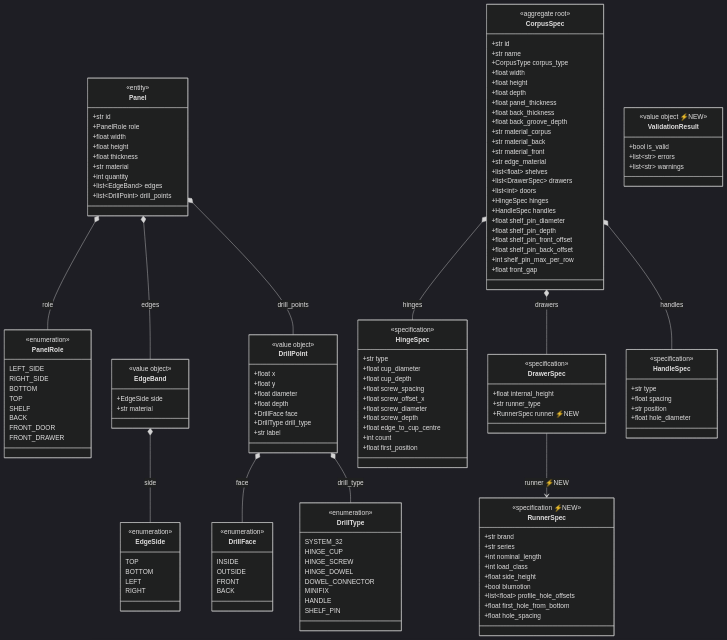
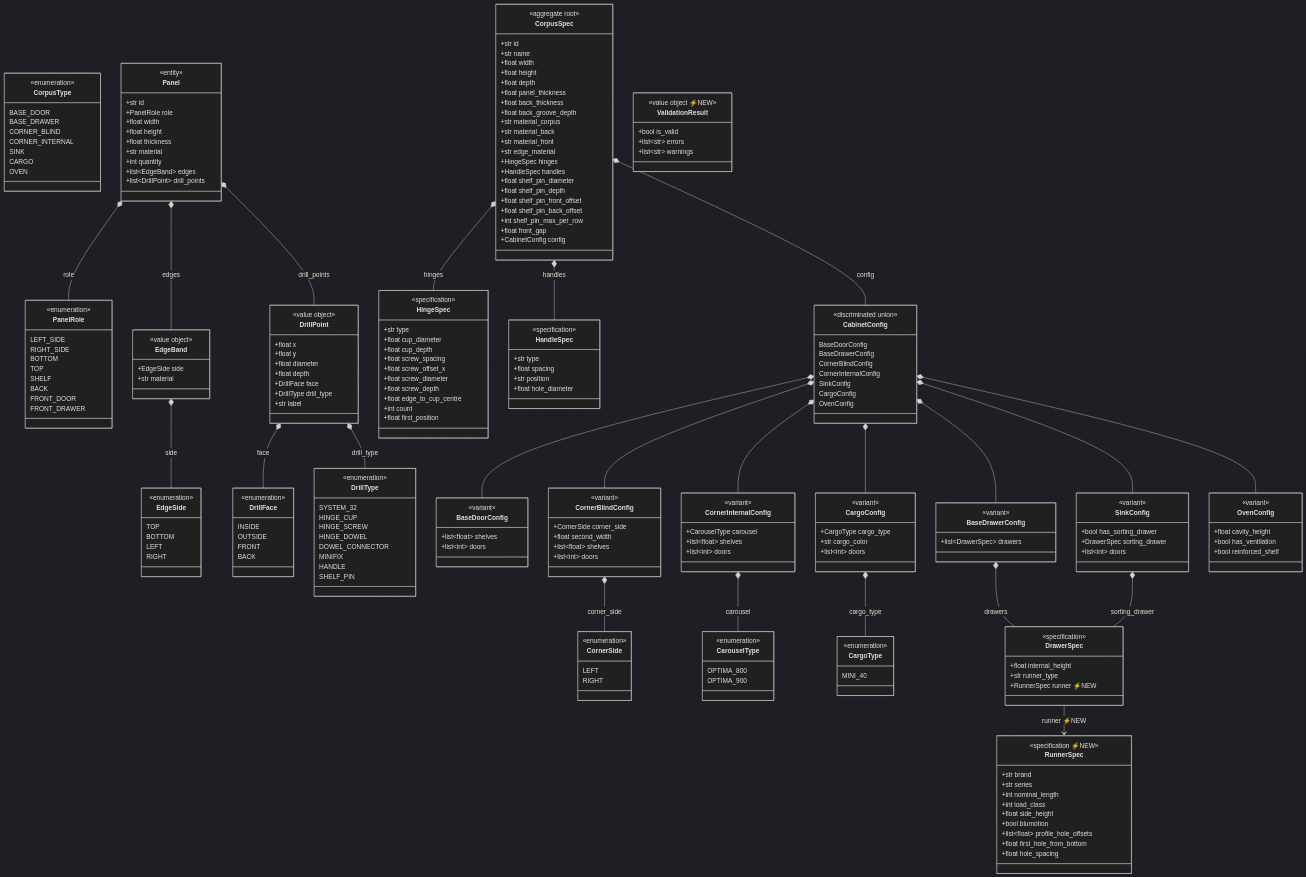
Before and after one commit to m1981/kuchnie: the fifth of 13 diagrams in kitchen-cad/docs/architecture.md, drawn with Mermaid (dark theme). The commit also changed other lines of this file and 4 other files, not shown here.

First line of the commit message:
docs(kitchen-cad): update docs for discriminated union config

````diff
--- a/kitchen-cad/docs/architecture.md
+++ b/kitchen-cad/docs/architecture.md
@@ -211,6 +211,34 @@
 ```mermaid
 classDiagram
     direction TB
+
+    class CorpusType {
+        <<enumeration>>
+        BASE_DOOR
+        BASE_DRAWER
+        CORNER_BLIND
+        CORNER_INTERNAL
+        SINK
+        CARGO
+        OVEN
+    }
+
+    class CornerSide {
+        <<enumeration>>
+        LEFT
+        RIGHT
+    }
+
+    class CarouselType {
+        <<enumeration>>
+        OPTIMA_800
+        OPTIMA_900
+    }
+
+    class CargoType {
+        <<enumeration>>
+        MINI_40
+    }
 
     class PanelRole {
         <<enumeration>>
@@ -315,7 +343,6 @@
         <<aggregate root>>
         +str id
         +str name
-        +CorpusType corpus_type
         +float width
         +float height
         +float depth
@@ -326,9 +353,6 @@
         +str material_back
         +str material_front
         +str edge_material
-        +list~float~ shelves
-        +list~DrawerSpec~ drawers
-        +list~int~ doors
         +HingeSpec hinges
         +HandleSpec handles
         +float shelf_pin_diameter
@@ -337,6 +361,65 @@
         +float shelf_pin_back_offset
         +int shelf_pin_max_per_row
         +float front_gap
+        +CabinetConfig config
+    }
+
+    class CabinetConfig {
+        <<discriminated union>>
+        BaseDoorConfig
+        BaseDrawerConfig
+        CornerBlindConfig
+        CornerInternalConfig
+        SinkConfig
+        CargoConfig
+        OvenConfig
+    }
+
+    class BaseDoorConfig {
+        <<variant>>
+        +list~float~ shelves
+        +list~int~ doors
+    }
+
+    class BaseDrawerConfig {
+        <<variant>>
+        +list~DrawerSpec~ drawers
+    }
+
+    class CornerBlindConfig {
+        <<variant>>
+        +CornerSide corner_side
+        +float second_width
+        +list~float~ shelves
+        +list~int~ doors
+    }
+
+    class CornerInternalConfig {
+        <<variant>>
+        +CarouselType carousel
+        +list~float~ shelves
+        +list~int~ doors
+    }
+
+    class SinkConfig {
+        <<variant>>
+        +bool has_sorting_drawer
+        +DrawerSpec sorting_drawer
+        +list~int~ doors
+    }
+
+    class CargoConfig {
+        <<variant>>
+        +CargoType cargo_type
+        +str cargo_color
+        +list~int~ doors
+    }
+
+    class OvenConfig {
+        <<variant>>
+        +float cavity_height
+        +bool has_ventilation
+        +bool reinforced_shelf
     }
 
     class RunnerSpec {
@@ -365,7 +448,19 @@
     EdgeBand *-- EdgeSide : side
     DrillPoint *-- DrillFace : face
     DrillPoint *-- DrillType : drill_type
-    CorpusSpec *-- DrawerSpec : drawers
+    CorpusSpec *-- CabinetConfig : config
+    CabinetConfig *-- BaseDoorConfig
+    CabinetConfig *-- BaseDrawerConfig
+    CabinetConfig *-- CornerBlindConfig
+    CabinetConfig *-- CornerInternalConfig
+    CabinetConfig *-- SinkConfig
+    CabinetConfig *-- CargoConfig
+    CabinetConfig *-- OvenConfig
+    BaseDrawerConfig *-- DrawerSpec : drawers
+    CornerBlindConfig *-- CornerSide : corner_side
+    CornerInternalConfig *-- CarouselType : carousel
+    SinkConfig *-- DrawerSpec : sorting_drawer
+    CargoConfig *-- CargoType : cargo_type
     CorpusSpec *-- HingeSpec : hinges
     CorpusSpec *-- HandleSpec : handles
     DrawerSpec --> RunnerSpec : runner ⚡NEW
````
